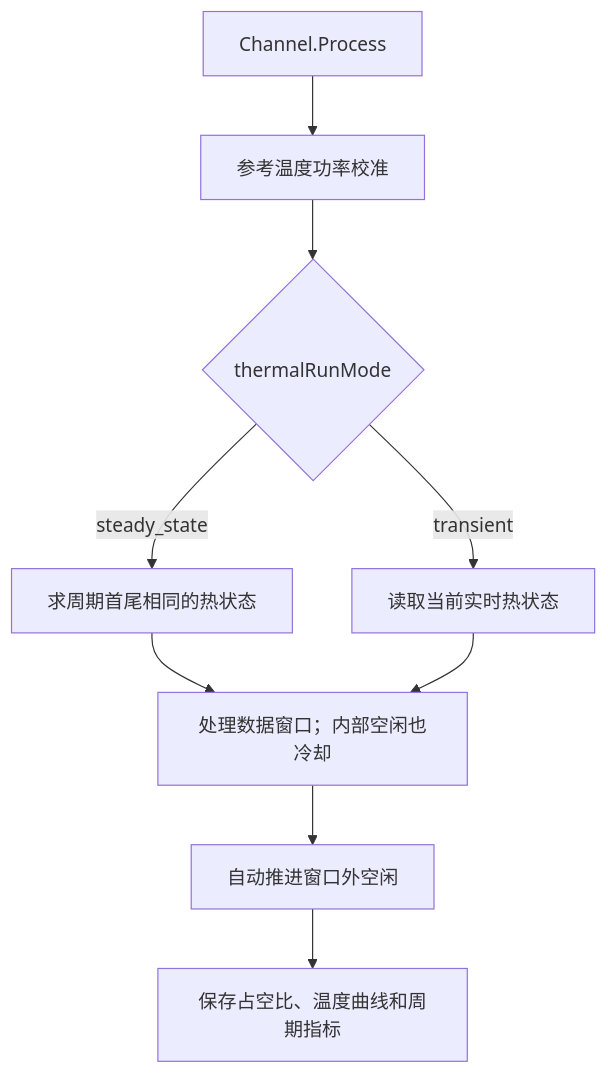
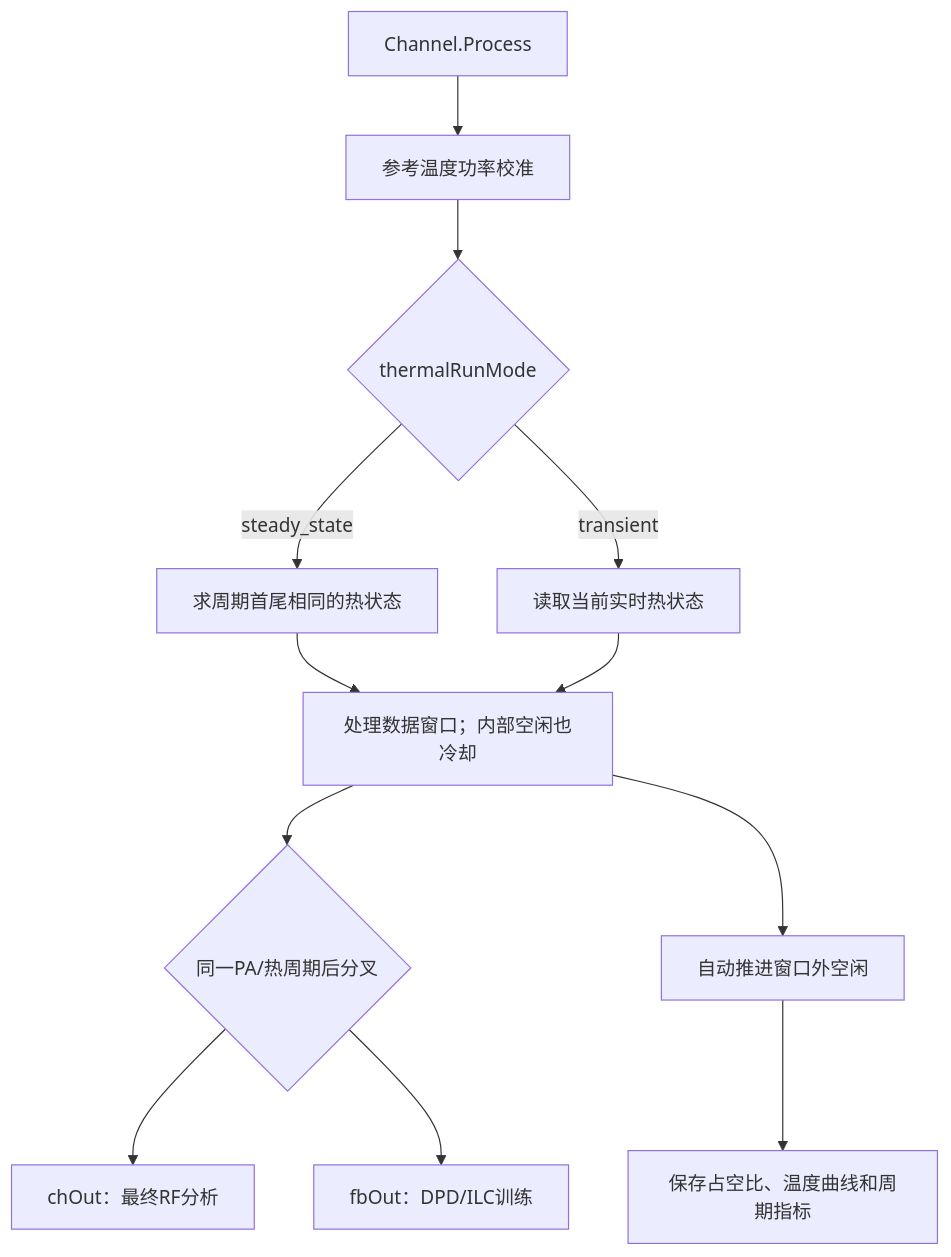
The second of 2 diagrams in doc/Example.md (niyilu45/DPD_ILC), drawn with Mermaid before and after one commit. The commit also changed other lines of this file and 19 other files, not shown here.

Commit message:
Return channel and feedback outputs

````diff
--- a/doc/Example.md
+++ b/doc/Example.md
@@ -574,11 +575,14 @@
 ```mermaid
 flowchart TD
     call["Channel.Process"] --> calibrate["参考温度功率校准"]
     calibrate --> mode{"thermalRunMode"}
     mode -->|steady_state| solve["求周期首尾相同的热状态"]
     mode -->|transient| live["读取当前实时热状态"]
     solve --> data["处理数据窗口；内部空闲也冷却"]
     live --> data
+    data --> branch{"同一PA/热周期后分叉"}
+    branch --> channelOutput["chOut：最终RF分析"]
+    branch --> feedbackOutput["fbOut：DPD/ILC训练"]
     data --> idle["自动推进窗口外空闲"]
     idle --> metrics["保存占空比、温度曲线和周期指标"]
 ```
````
